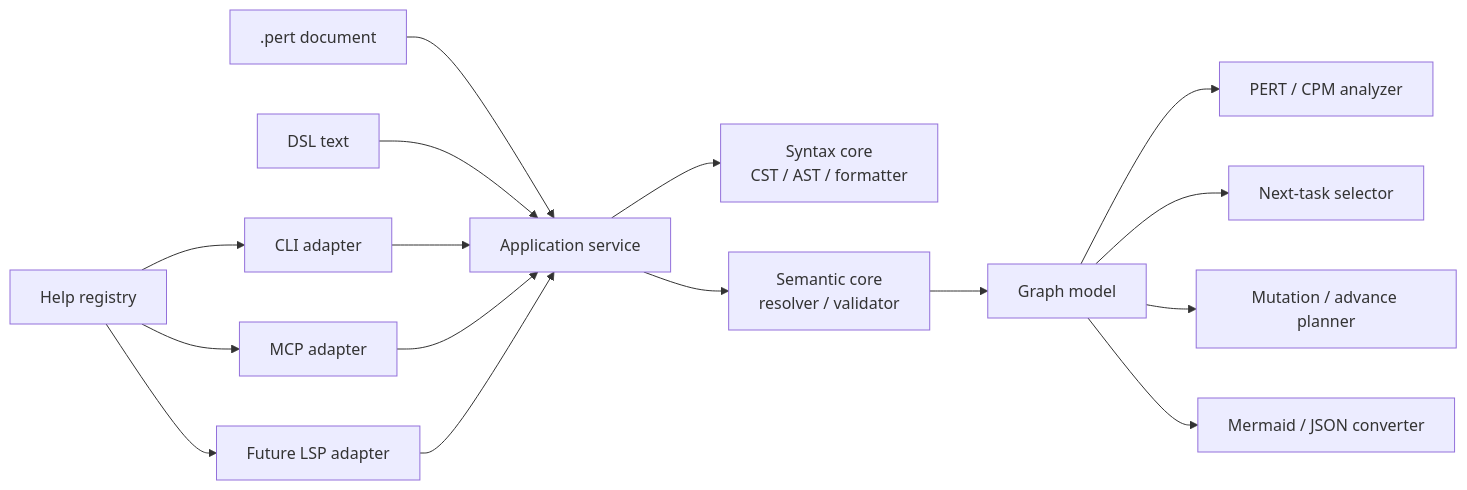
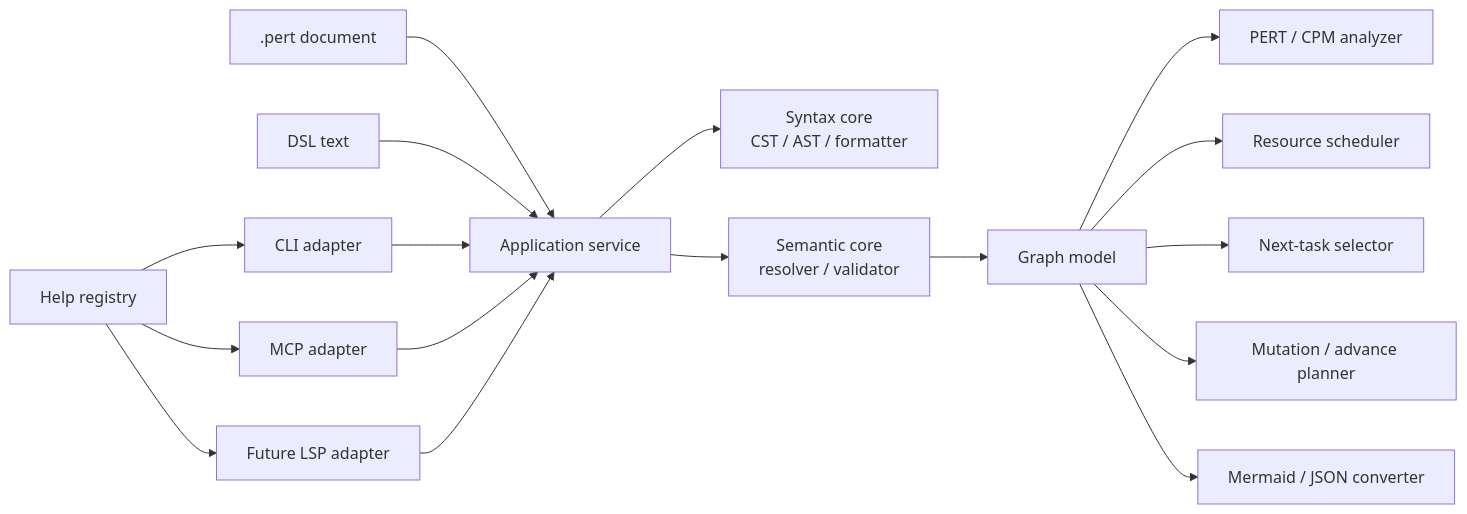
One commit to mako10k/perttool changed the diagram in docs/basic-design.md. Above: the diagram before and after it, drawn with Mermaid. The commit also changed other lines of this file and 7 other files, not shown here.

````diff
--- a/docs/basic-design.md
+++ b/docs/basic-design.md
@@ -49,21 +49,22 @@
 ```mermaid
 flowchart LR
   FILE[.pert document] --> APP[Application service]
   TEXT[DSL text] --> APP
 
   APP --> SYNTAX[Syntax core<br/>CST / AST / formatter]
   APP --> SEMANTIC[Semantic core<br/>resolver / validator]
   SEMANTIC --> GRAPH[Graph model]
   GRAPH --> ANALYZER[PERT / CPM analyzer]
+  GRAPH --> SCHEDULER[Resource scheduler]
   GRAPH --> NEXT[Next-task selector]
   GRAPH --> TRANSFORM[Mutation / advance planner]
   GRAPH --> CONVERTER[Mermaid / JSON converter]
 
   CLI[CLI adapter] --> APP
   MCP[MCP adapter] --> APP
   LSP[Future LSP adapter] --> APP
 
   HELP[Help registry] --> CLI
   HELP --> MCP
   HELP --> LSP
 ```
````
